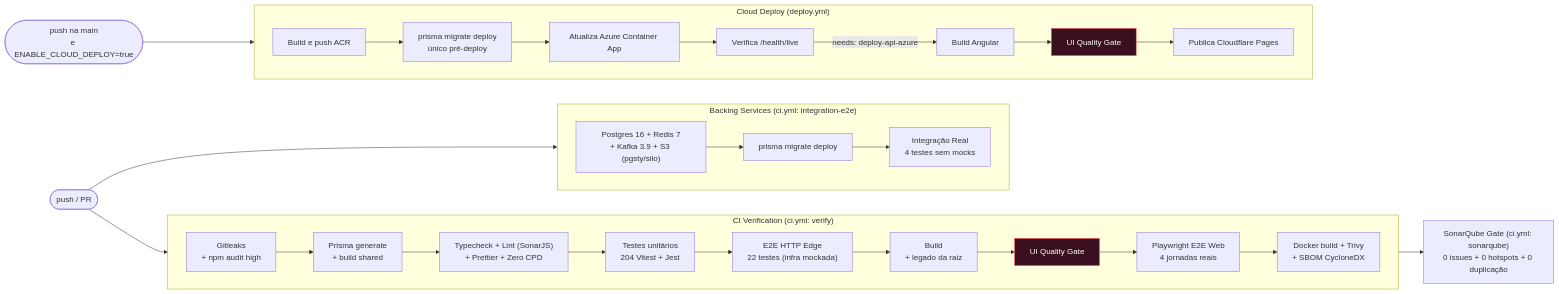
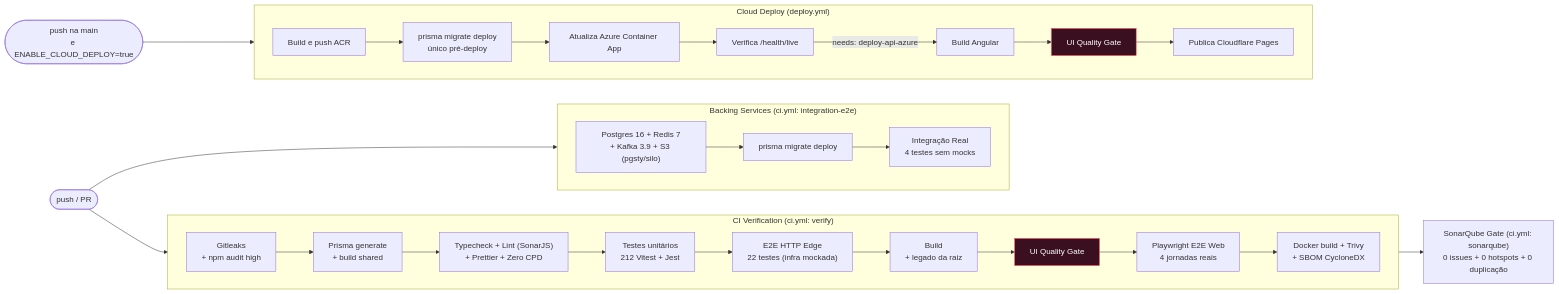
The eighth of 12 diagrams in README.md (Digooow/pokedex-frontend), drawn with Mermaid before and after one commit. The commit also changed other lines of this file and 29 other files, not shown here.

````diff
--- a/README.md
+++ b/README.md
@@ -494,34 +494,34 @@
 ```mermaid
 flowchart LR
   push(["push / PR"]) --> v
   push --> integ
 
   subgraph v["CI Verification (ci.yml: verify)"]
     direction LR
     s0["Gitleaks<br/>+ npm audit high"] --> s1["Prisma generate<br/>+ build shared"] --> s2["Typecheck + Lint (SonarJS)<br/>+ Prettier + Zero CPD"]
-    s2 --> s4["Testes unitários<br/>204 Vitest + Jest"]
+    s2 --> s4["Testes unitários<br/>212 Vitest + Jest"]
     s4 --> s5["E2E HTTP Edge<br/>22 testes (infra mockada)"]
     s5 --> s6["Build<br/>+ legado da raiz"]
     s6 --> s7["UI Quality Gate"]
     s7 --> s7b["Playwright E2E Web<br/>4 jornadas reais"]
     s7b --> s8["Docker build + Trivy<br/>+ SBOM CycloneDX"]
   end
 
   v --> sq["SonarQube Gate (ci.yml: sonarqube)<br/>0 issues + 0 hotspots + 0 duplicação"]
 
   subgraph integ["Backing Services (ci.yml: integration-e2e)"]
     direction LR
     i1["Postgres 16 + Redis 7<br/>+ Kafka 3.9 + S3 (pgsty/silo)"] --> i2["prisma migrate deploy"] --> i3["Integração Real<br/>4 testes sem mocks"]
   end
 
   push2(["push na main<br/>e ENABLE_CLOUD_DEPLOY=true"]) --> d
 
   subgraph d["Cloud Deploy (deploy.yml)"]
     direction LR
     a1["Build e push ACR"] --> a1b["prisma migrate deploy<br/>único pré-deploy"] --> a2["Atualiza Azure Container App"] --> a3["Verifica /health/live"]
     a3 -->|"needs: deploy-api-azure"| b1["Build Angular"] --> b2["UI Quality Gate"] --> b3["Publica Cloudflare Pages"]
   end
 
   classDef gate fill:#3a1020,stroke:#ff3b4e,color:#fff
   class s7,b2 gate
 ```
````
